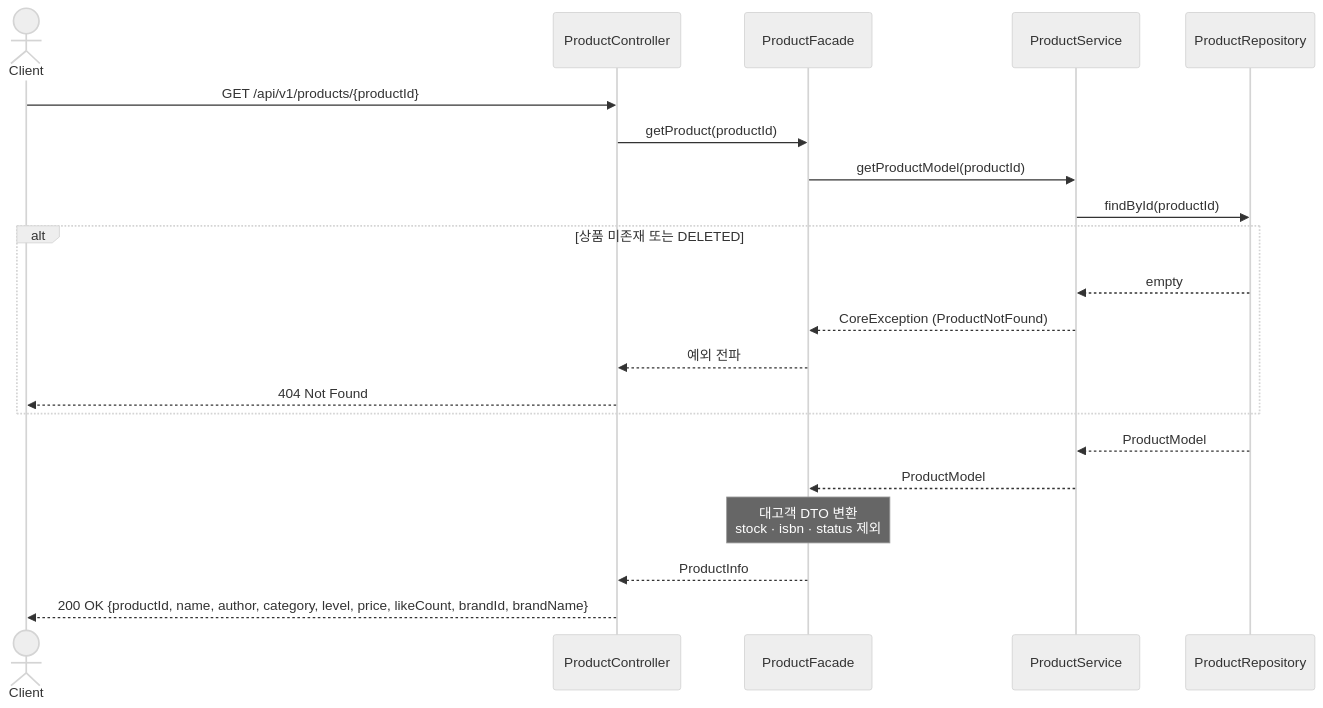
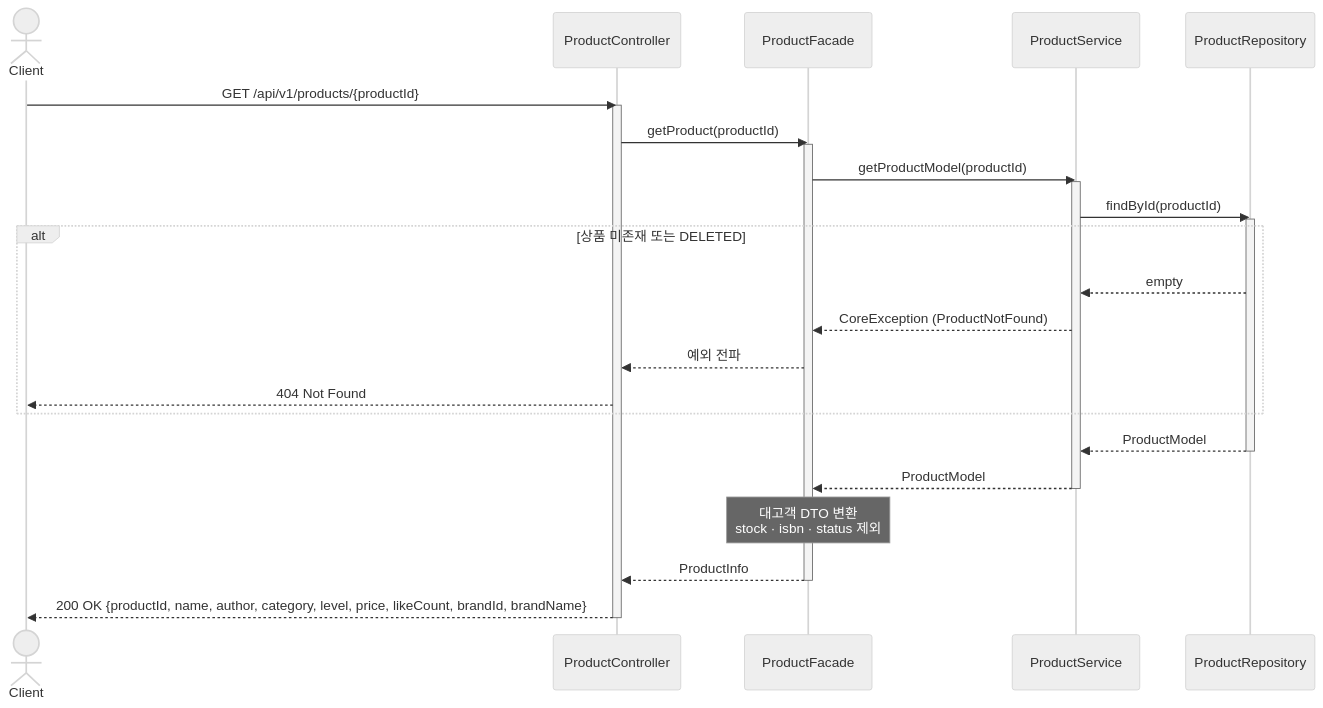
One commit to loopers-labs/loop-pack-be-l2-vol4-java changed the sixth of 25 diagrams in .docs/design/02-sequence-diagrams.md. Above: the diagram before and after it, drawn with Mermaid (neutral theme). The commit also changed other lines of this file and 5 other files, not shown here.

````diff
--- a/.docs/design/02-sequence-diagrams.md
+++ b/.docs/design/02-sequence-diagrams.md
@@ -247,27 +311,35 @@
 ```mermaid
 sequenceDiagram
     actor Client
     participant PC as ProductController
     participant PF as ProductFacade
     participant PS as ProductService
     participant PR as ProductRepository
 
     Client->>PC: GET /api/v1/products/{productId}
+    activate PC
 
     PC->>PF: getProduct(productId)
+    activate PF
     PF->>PS: getProductModel(productId)
+    activate PS
     PS->>PR: findById(productId)
+    activate PR
     alt 상품 미존재 또는 DELETED
         PR-->>PS: empty
         PS-->>PF: CoreException (ProductNotFound)
         PF-->>PC: 예외 전파
         PC-->>Client: 404 Not Found
     end
     PR-->>PS: ProductModel
+    deactivate PR
     PS-->>PF: ProductModel
+    deactivate PS
 
     Note over PF: 대고객 DTO 변환<br/>stock · isbn · status 제외
 
     PF-->>PC: ProductInfo
+    deactivate PF
     PC-->>Client: 200 OK {productId, name, author, category, level, price, likeCount, brandId, brandName}
+    deactivate PC
 ```
````
